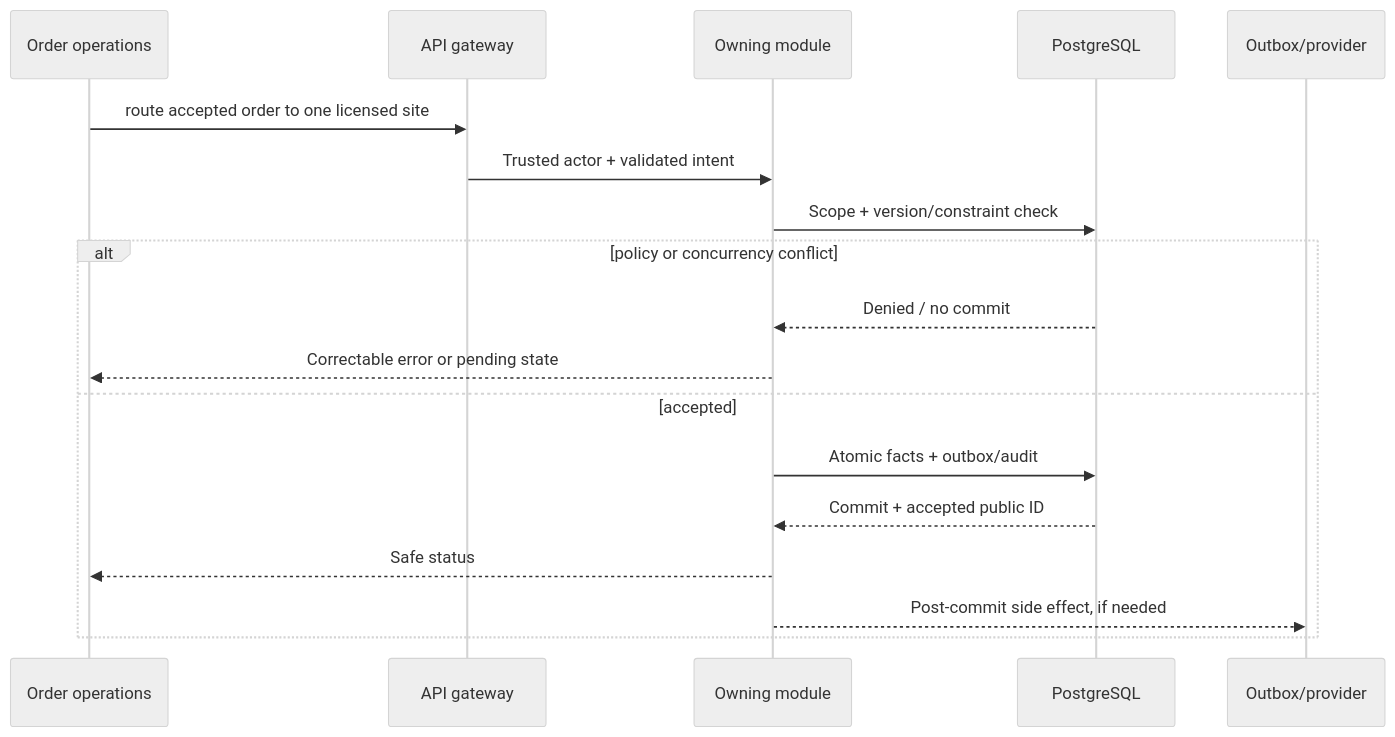
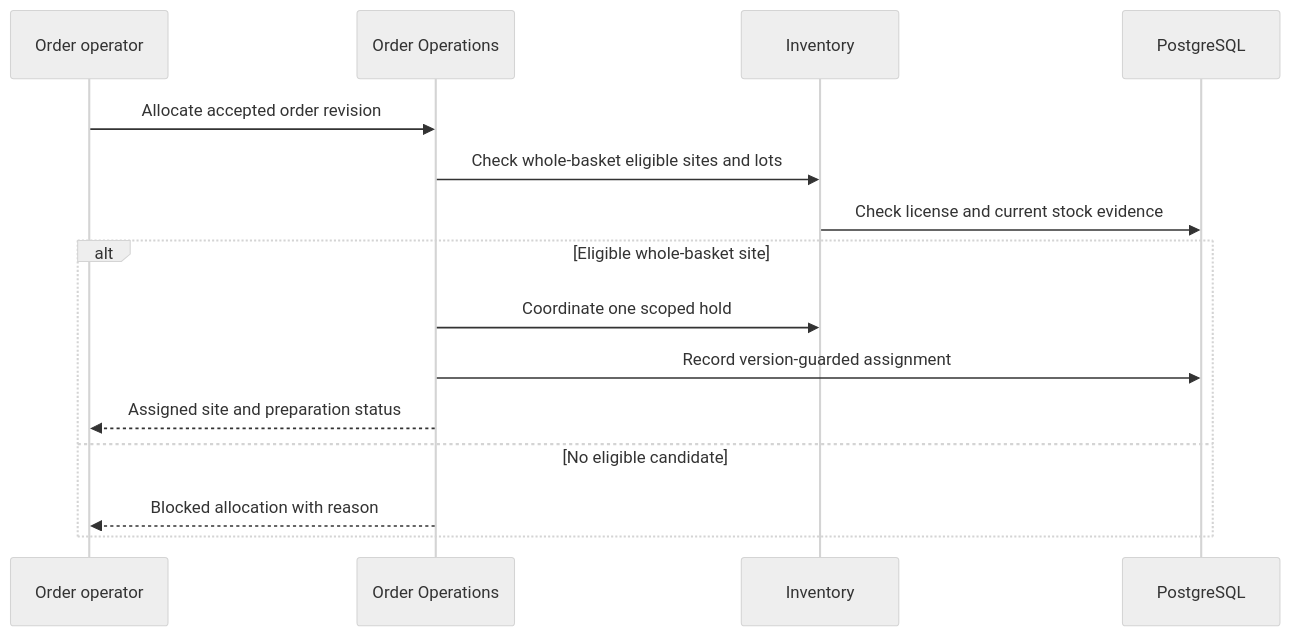
The diagram in 06-Workflows/WF-006-Licensed-Site-Allocation.md (shiladityamajumder/pharmville-docs), drawn with Mermaid (neutral theme) before and after one commit. The commit also changed other lines of this file and 158 other files, not shown here.

Commit message:
docs: add business guides, fix Mermaid diagrams, improve traceability and automate validation

````diff
--- a/06-Workflows/WF-006-Licensed-Site-Allocation.md
+++ b/06-Workflows/WF-006-Licensed-Site-Allocation.md
@@ -31,20 +27,17 @@
 ```mermaid
 sequenceDiagram
-  participant A as Order operations
-  participant API as API gateway
-  participant O as Owning module
-  participant PG as PostgreSQL
-  participant P as Outbox/provider
-  A->>API: route accepted order to one licensed site
-  API->>O: Trusted actor + validated intent
-  O->>PG: Scope + version/constraint check
-  alt policy or concurrency conflict
-    PG-->>O: Denied / no commit
-    O-->>A: Correctable error or pending state
-  else accepted
-    O->>PG: Atomic facts + outbox/audit
-    PG-->>O: Commit + accepted public ID
-    O-->>A: Safe status
-    O-->>P: Post-commit side effect, if needed
+  participant C as Order operator
+  participant O as Order Operations
+  participant S as Inventory
+  participant D as PostgreSQL
+  C->>O: Allocate accepted order revision
+  O->>S: Check whole-basket eligible sites and lots
+  S->>D: Check license and current stock evidence
+  alt Eligible whole-basket site
+    O->>S: Coordinate one scoped hold
+    O->>D: Record version-guarded assignment
+    O-->>C: Assigned site and preparation status
+  else No eligible candidate
+    O-->>C: Blocked allocation with reason
   end
 ```
````
